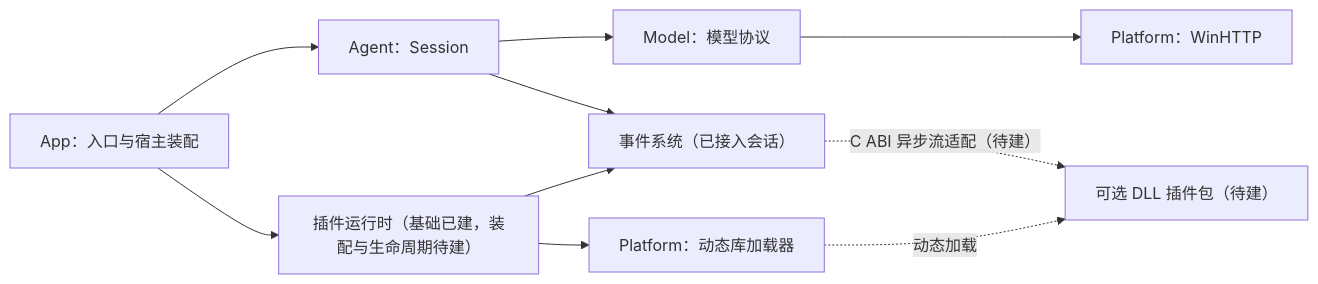
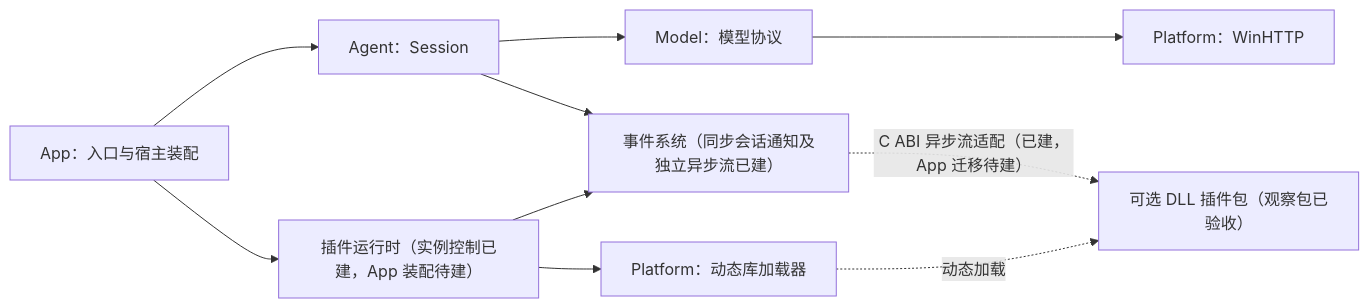
The diagram in docs/foundation-development-guide.md (AuraKaliya/DaFeiYu-), drawn with Mermaid before and after one commit. The commit also changed other lines of this file and 2 other files, not shown here.

````diff
--- a/docs/foundation-development-guide.md
+++ b/docs/foundation-development-guide.md
@@ -123,12 +137,12 @@
 ```mermaid
 flowchart LR
     App["App：入口与宿主装配"] --> Agent["Agent：Session"]
     Agent --> Model["Model：模型协议"]
     Model --> HTTP["Platform：WinHTTP"]
-    App --> Manager["插件运行时（基础已建，装配与生命周期待建）"]
-    Agent --> Events["事件系统（已接入会话）"]
+    App --> Manager["插件运行时（实例控制已建，App 装配待建）"]
+    Agent --> Events["事件系统（同步会话通知及独立异步流已建）"]
     Manager --> Events
     Manager --> Loader["Platform：动态库加载器"]
-    Loader -. "动态加载" .-> Plugin["可选 DLL 插件包（待建）"]
-    Events -. "C ABI 异步流适配（待建）" .-> Plugin
+    Loader -. "动态加载" .-> Plugin["可选 DLL 插件包（观察包已验收）"]
+    Events -. "C ABI 异步流适配（已建，App 迁移待建）" .-> Plugin
 ```
````
